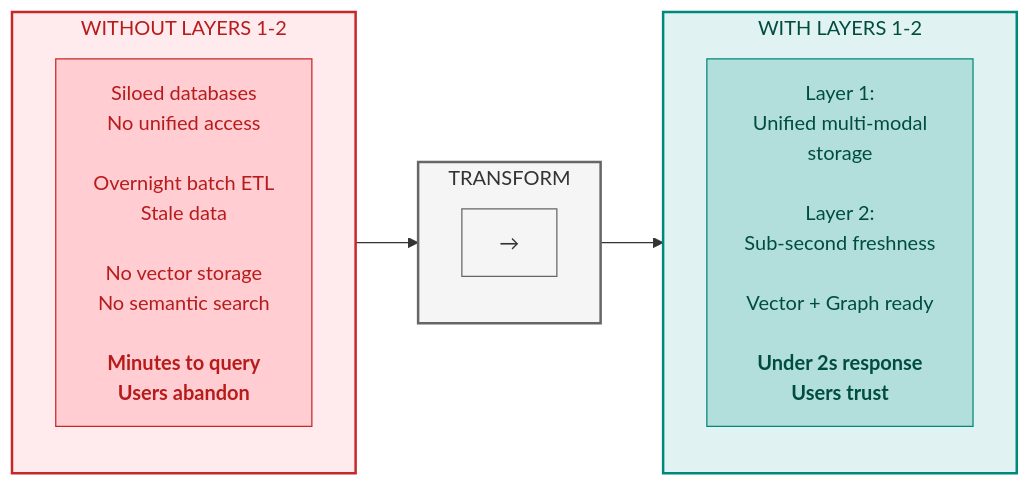
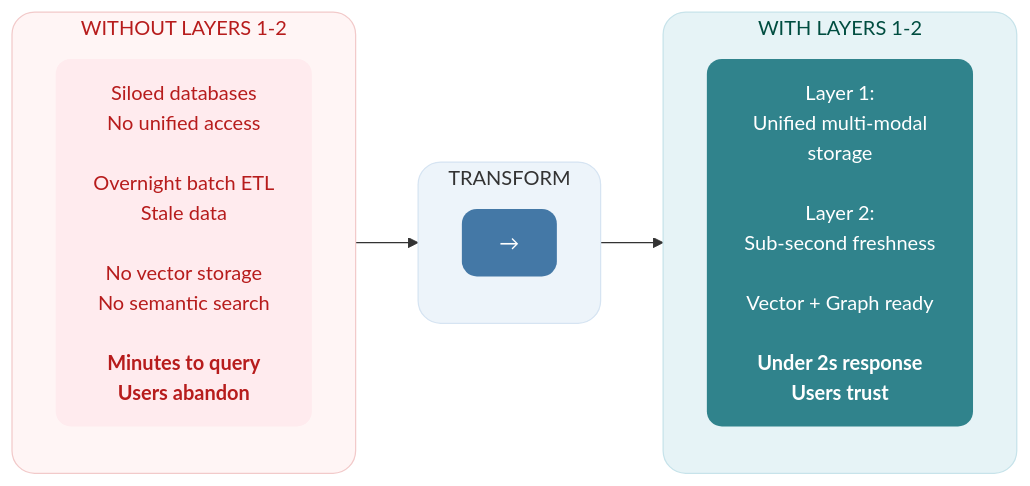
Before and after one commit to saitejesh-cyber/trust-before-intelligence-book: the first of 11 diagrams in manuscript/05_chapter_4_foundation_layers.md, drawn with Mermaid. The commit also changed other lines of this file and 4 other files, not shown here.

Commit message:
Chapter 1to5: Updated mermaid diagrams based on new colaberry color code

````diff
--- a/manuscript/05_chapter_4_foundation_layers.md
+++ b/manuscript/05_chapter_4_foundation_layers.md
@@ -38,28 +38,28 @@
 ```mermaid
 
 graph LR
     subgraph WITHOUT["WITHOUT LAYERS 1-2"]
         direction TB
         W1["Siloed databases<br/>No unified access<br/><br/>Overnight batch ETL<br/>Stale data<br/><br/>No vector storage<br/>No semantic search<br/><br/><b>Minutes to query<br/>Users abandon</b>"]
     end
     
     subgraph TRANSFORM["TRANSFORM"]
         direction TB
         T1["→"]
     end
     
     subgraph WITH["WITH LAYERS 1-2"]
         direction TB
         L1["Layer 1:<br/>Unified multi-modal<br/>storage<br/><br/>Layer 2:<br/>Sub-second freshness<br/><br/>Vector + Graph ready<br/><br/><b>Under 2s response<br/>Users trust</b>"]
     end
     
     WITHOUT --> TRANSFORM --> WITH
     
-    style WITHOUT fill:#ffebee,stroke:#c62828,stroke-width:2px,color:#b71c1c
-    style TRANSFORM fill:#f5f5f5,stroke:#666666,stroke-width:2px,color:#333333
-    style WITH fill:#e0f2f1,stroke:#00897b,stroke-width:2px,color:#004d40
-    style W1 fill:#ffcdd2,stroke:#c62828,color:#b71c1c
-    style T1 fill:#f5f5f5,stroke:#666666,color:#333333
-    style L1 fill:#b2dfdb,stroke:#00897b,color:#004d40
+    style WITHOUT fill:#fff5f5,stroke:#f2caca,stroke-width:1px,color:#b71c1c,rx:18,ry:18
+    style W1 fill:#ffebee,stroke:none,color:#b71c1c,rx:12,ry:12
+    style TRANSFORM fill:#edf4fa,stroke:#d6e4f2,stroke-width:1px,color:#333333,rx:18,ry:18
+    style T1 fill:#4478A6,stroke:none,color:#ffffff,rx:12,ry:12
+    style WITH fill:#e6f3f6,stroke:#c7e3ea,stroke-width:1px,color:#004d40,rx:18,ry:18
+    style L1 fill:#30838C,stroke:none,color:#ffffff,rx:12,ry:12
 
 ```
````
